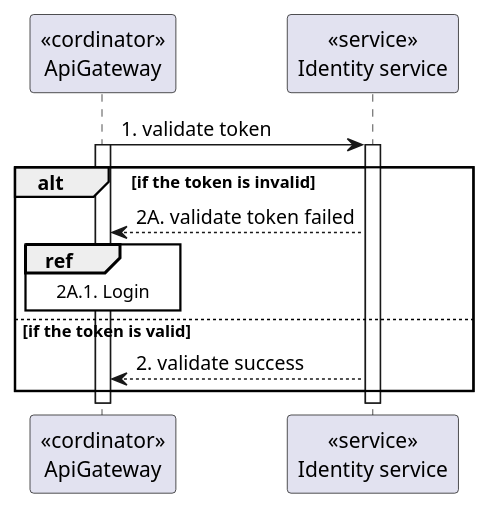
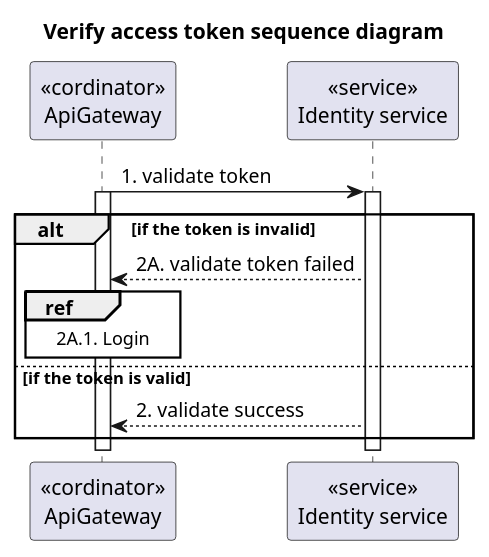
One commit to Carl-Johnsons/tastopia changed the diagram in doc/SDS/Identity/VerifyAccessToken/Sequence.plantuml. Above: the diagram before and after it, drawn with PlantUML. The commit also changed 4 other files, not shown here.

Commit message:
doc: update identity sequence

```diff
--- a/doc/SDS/Identity/VerifyAccessToken/Sequence.plantuml
+++ b/doc/SDS/Identity/VerifyAccessToken/Sequence.plantuml
@@ -1,24 +1,27 @@
 @startuml VerifyAccessToken
+
+title "Verify access token sequence diagram"
+
 ' Style section
 <style>
   sequenceDiagram {
     reference {
       BackGroundColor white
     }
 }
 </style>
 
 ' Write flow here
 participant "<<cordinator>>\nApiGateway" as ApiGateway
 participant "<<service>>\nIdentity service" as IdentityService
 
 ApiGateway -> IdentityService: 1. validate token
 activate ApiGateway
 activate IdentityService
 alt if the token is invalid
     ApiGateway <-- IdentityService: 2A. validate token failed
     ref over ApiGateway: 2A.1. Login
 else if the token is valid
     ApiGateway <-- IdentityService: 2. validate success
 end
 @enduml
```
